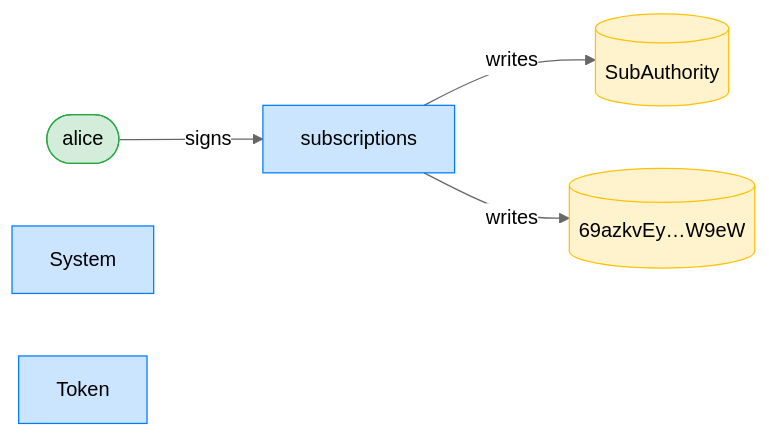
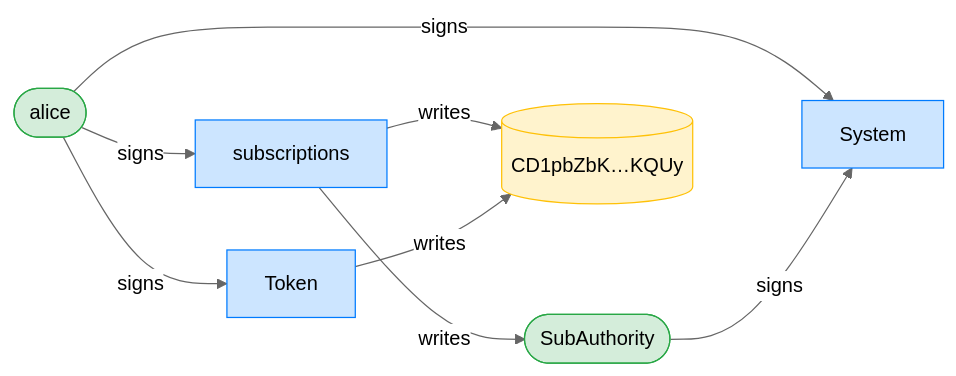
Before and after one commit to cds-rs/subscriptions: the third of 12 diagrams in dsl_tests/recurring-rollover-blocked-at-the-expiry-boundary.md, drawn with Mermaid (neutral theme). The commit also changed other lines of this file and 224 other files, not shown here.

````diff
--- a/dsl_tests/recurring-rollover-blocked-at-the-expiry-boundary.md
+++ b/dsl_tests/recurring-rollover-blocked-at-the-expiry-boundary.md
@@ -55,15 +56,19 @@
 ```mermaid
 flowchart LR
     classDef signer fill:#d4edda,stroke:#28a745;
     classDef program fill:#cce5ff,stroke:#007bff;
     classDef writable fill:#fff3cd,stroke:#ffc107;
     subscriptions[subscriptions]:::program
     alice([alice]):::signer
-    SubAuthority[(SubAuthority)]:::writable
-    69azkvEy_W9eW[("69azkvEy…W9eW")]:::writable
+    SubAuthority([SubAuthority]):::signer
+    CD1pbZbK_KQUy[("CD1pbZbK…KQUy")]:::writable
     System[System]:::program
     Token[Token]:::program
     alice -->|signs| subscriptions
+    alice -->|signs| System
+    SubAuthority -->|signs| System
+    alice -->|signs| Token
     subscriptions -->|writes| SubAuthority
-    subscriptions -->|writes| 69azkvEy_W9eW
+    subscriptions -->|writes| CD1pbZbK_KQUy
+    Token -->|writes| CD1pbZbK_KQUy
 ```
````
